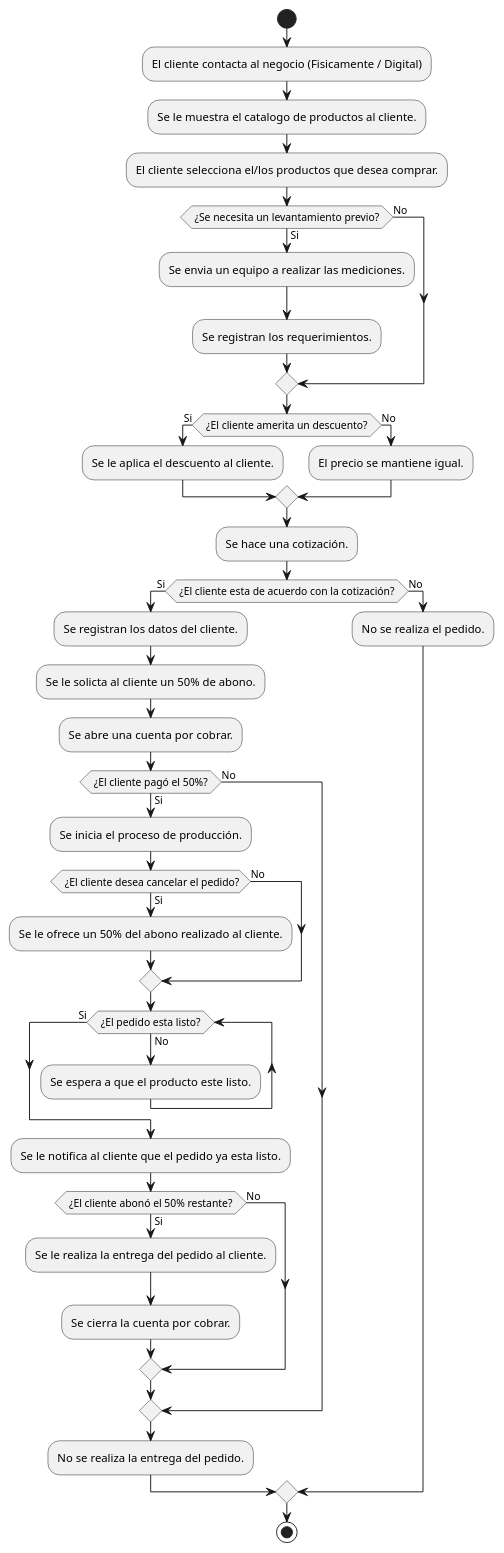
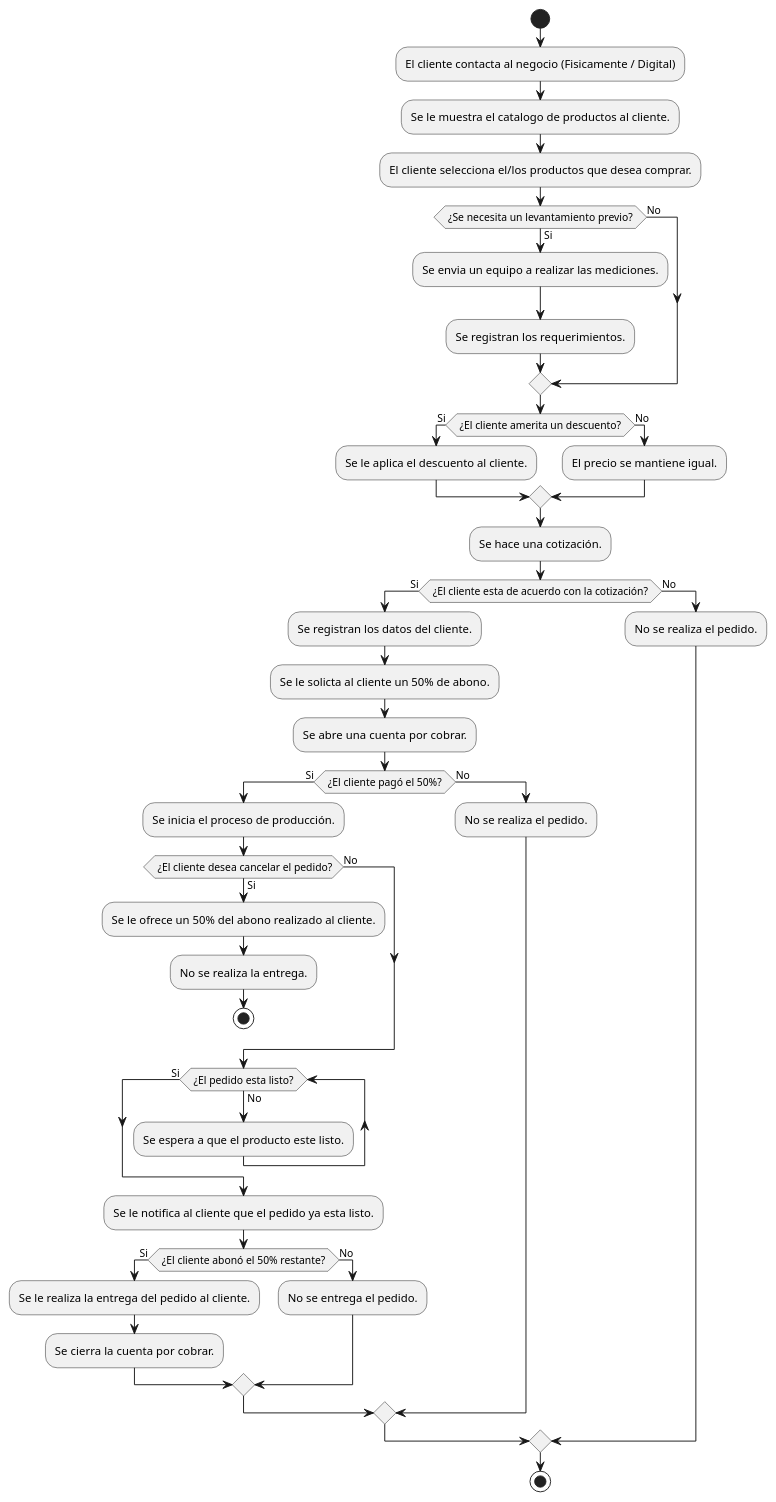
Before and after one commit to ByJuanRod/Logica-de-Negocios: the diagram in procesoPedido.puml, drawn with PlantUML. The commit also changed 2 other files, not shown here.

Commit message:
Diagramas V4

```diff
--- a/procesoPedido.puml
+++ b/procesoPedido.puml
@@ -1,53 +1,57 @@
 @startuml
 
 start
 :El cliente contacta al negocio (Fisicamente / Digital);
 :Se le muestra el catalogo de productos al cliente.;
 :El cliente selecciona el/los productos que desea comprar.;
 
 if( ¿Se necesita un levantamiento previo? ) then (Si)
     :Se envia un equipo a realizar las mediciones.;
     :Se registran los requerimientos.;
 else (No)
 endif
 
 if( ¿El cliente amerita un descuento? ) then (Si)
     :Se le aplica el descuento al cliente.;
 else (No)
     :El precio se mantiene igual.;
 endif
 
 :Se hace una cotización.;
 
 if( ¿El cliente esta de acuerdo con la cotización? ) then (Si)
     :Se registran los datos del cliente.;
     :Se le solicta al cliente un 50% de abono.;
     :Se abre una cuenta por cobrar.;
     if( ¿El cliente pagó el 50%? ) then (Si)
         :Se inicia el proceso de producción.;
         if( ¿El cliente desea cancelar el pedido?) then (Si)
            :Se le ofrece un 50% del abono realizado al cliente.;
+           :No se realiza la entrega.;
+           stop
         else (No)
+
         endif
 
         while( ¿El pedido esta listo? ) is (No)
             :Se espera a que el producto este listo.;
         endwhile (Si)
 
         :Se le notifica al cliente que el pedido ya esta listo.;
          if( ¿El cliente abonó el 50% restante? ) then (Si)
              :Se le realiza la entrega del pedido al cliente.;
              :Se cierra la cuenta por cobrar.;
          else (No)
+              :No se entrega el pedido.;
          endif
 
     else (No)
+        :No se realiza el pedido.;
     endif
-        :No se realiza la entrega del pedido.;
 else (No)
         :No se realiza el pedido.;
 endif
 
 stop
 
 @enduml
```
